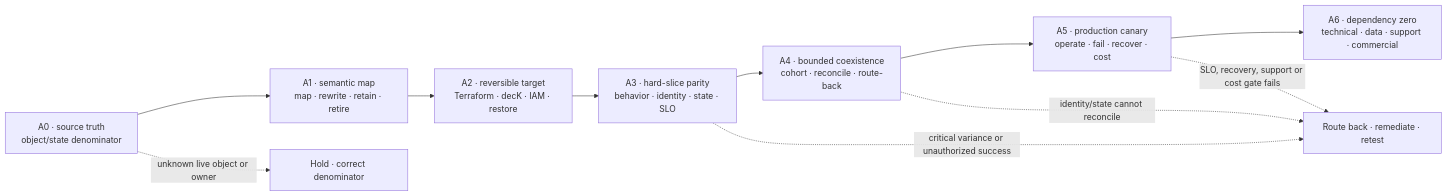
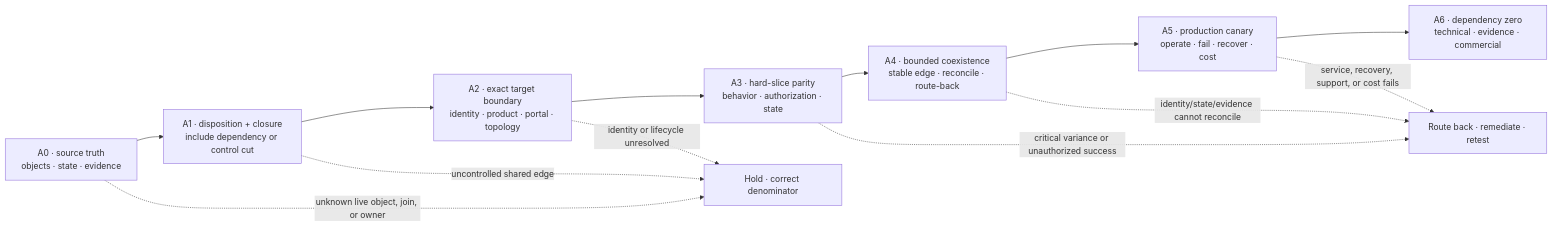
The diagram in docs/50-apigee-migration-strategy.md (tomqwu/apim), drawn with Mermaid before and after one commit. The commit also changed other lines of this file and 32 other files, not shown here.

````diff
--- a/docs/50-apigee-migration-strategy.md
+++ b/docs/50-apigee-migration-strategy.md
@@ -79,13 +192,15 @@
 ```mermaid
 flowchart LR
-  A0["A0 · source truth\nobject/state denominator"] --> A1["A1 · semantic map\nmap · rewrite · retain · retire"]
-  A1 --> A2["A2 · reversible target\nTerraform · decK · IAM · restore"]
-  A2 --> A3["A3 · hard-slice parity\nbehavior · identity · state · SLO"]
-  A3 --> A4["A4 · bounded coexistence\ncohort · reconcile · route-back"]
+  A0["A0 · source truth\nobjects · state · evidence"] --> A1["A1 · disposition + closure\ninclude dependency or control cut"]
+  A1 --> A2["A2 · exact target boundary\nidentity · product · portal · topology"]
+  A2 --> A3["A3 · hard-slice parity\nbehavior · authorization · state"]
+  A3 --> A4["A4 · bounded coexistence\nstable edge · reconcile · route-back"]
   A4 --> A5["A5 · production canary\noperate · fail · recover · cost"]
-  A5 --> A6["A6 · dependency zero\ntechnical · data · support · commercial"]
-  A0 -. "unknown live object or owner" .-> HOLD["Hold · correct denominator"]
+  A5 --> A6["A6 · dependency zero\ntechnical · evidence · commercial"]
+  A0 -. "unknown live object, join, or owner" .-> HOLD["Hold · correct denominator"]
+  A1 -. "uncontrolled shared edge" .-> HOLD
+  A2 -. "identity or lifecycle unresolved" .-> HOLD
   A3 -. "critical variance or unauthorized success" .-> BACK["Route back · remediate · retest"]
-  A4 -. "identity/state cannot reconcile" .-> BACK
-  A5 -. "SLO, recovery, support or cost gate fails" .-> BACK
+  A4 -. "identity/state/evidence cannot reconcile" .-> BACK
+  A5 -. "service, recovery, support, or cost fails" .-> BACK
 ```
````
